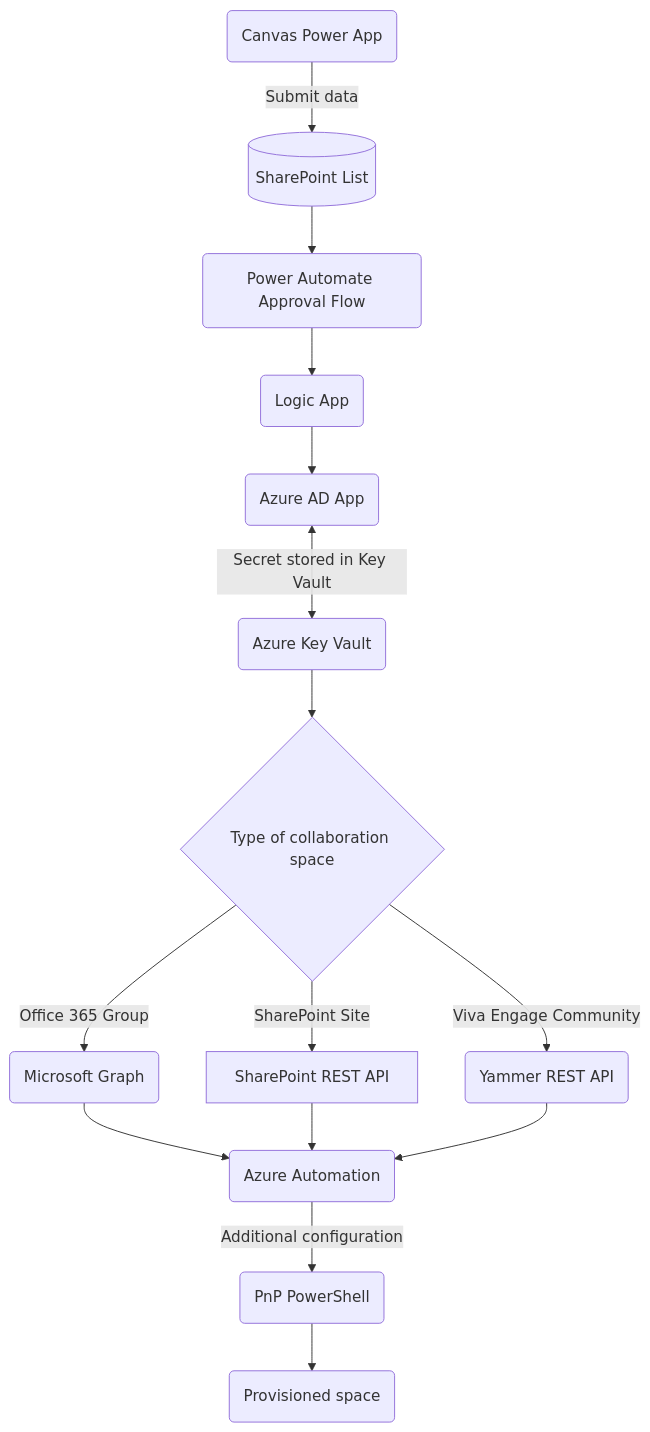
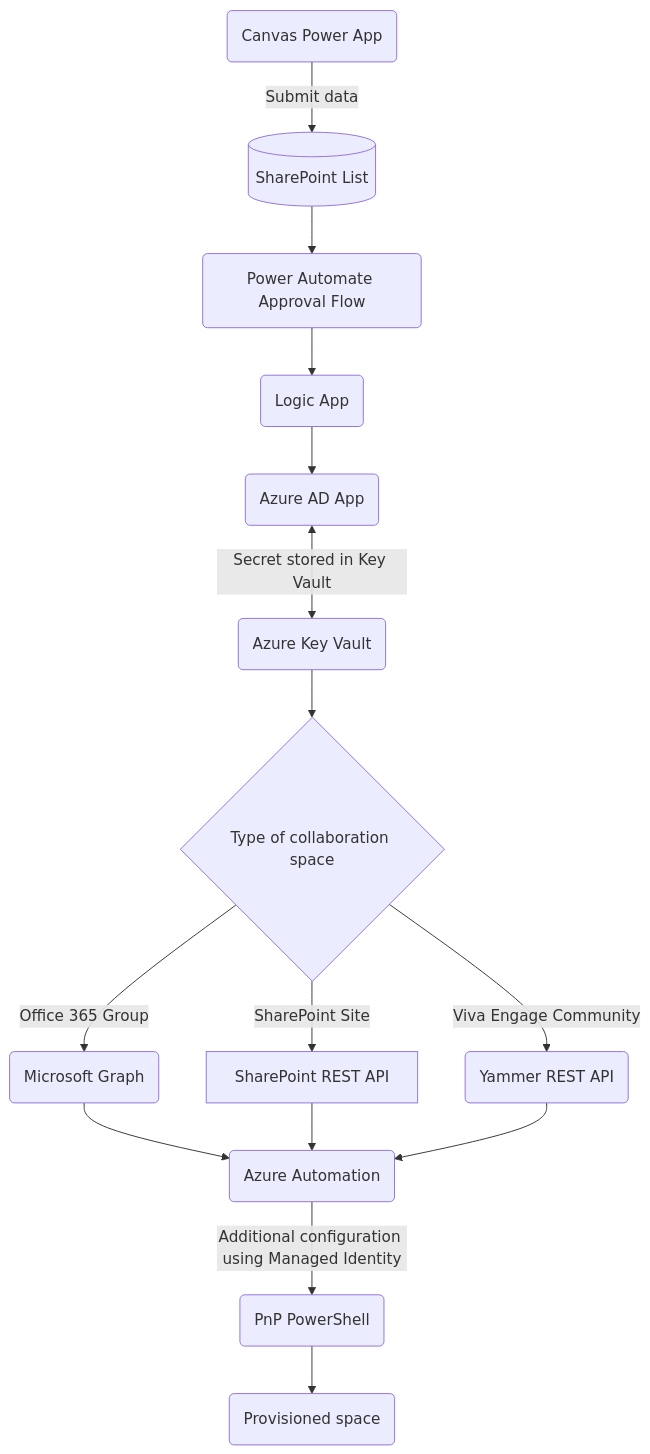
The diagram in Architecture.md (pnp/provision-assist-m365), drawn with Mermaid before and after one commit.

Commit message:
Fixed architecture diagram mermaid syntax

```````diff
--- a/Architecture.md
+++ b/Architecture.md
@@ -5,10 +5,10 @@
-::: mermaid
+``` mermaid
 graph TD
     A(Canvas Power App) --> | Submit data | B[(SharePoint List)] --> C(Power Automate Approval Flow) --> D(Logic App) --> E(Azure AD App) <--> | Secret stored in Key Vault | F(Azure Key Vault) --> G{Type of collaboration space} --> |SharePoint Site| H[SharePoint REST API] 
     G --> | Office 365 Group | I(Microsoft Graph)
     G --> | Viva Engage Community | J(Yammer REST API) 
     I --> K(Azure Automation)
     H --> K
     J --> K
-    K --> | Additional configuration | L(PnP PowerShell) --> M(Provisioned space)
-:::
+    K --> | Additional configuration using Managed Identity | L(PnP PowerShell) --> M(Provisioned space)
+``````
```````
